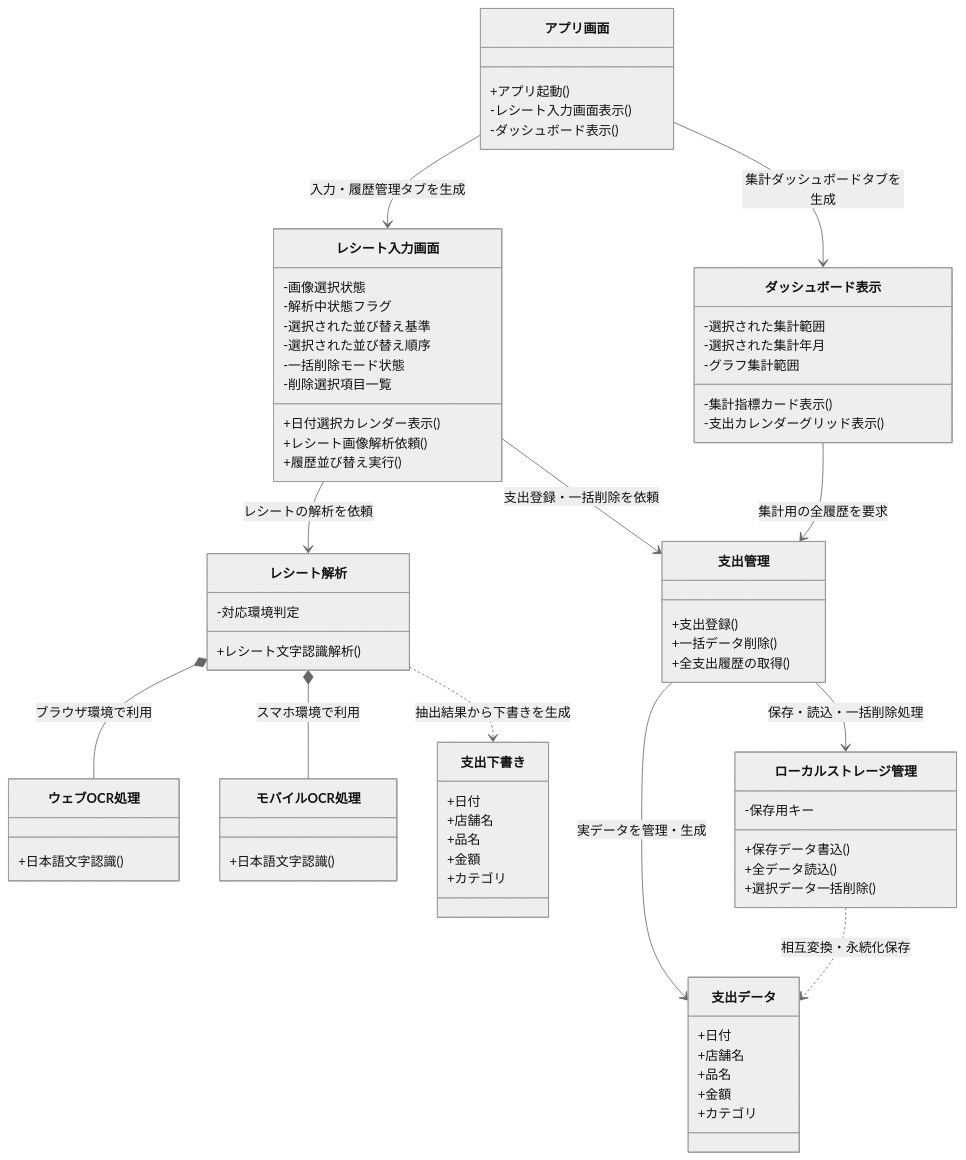
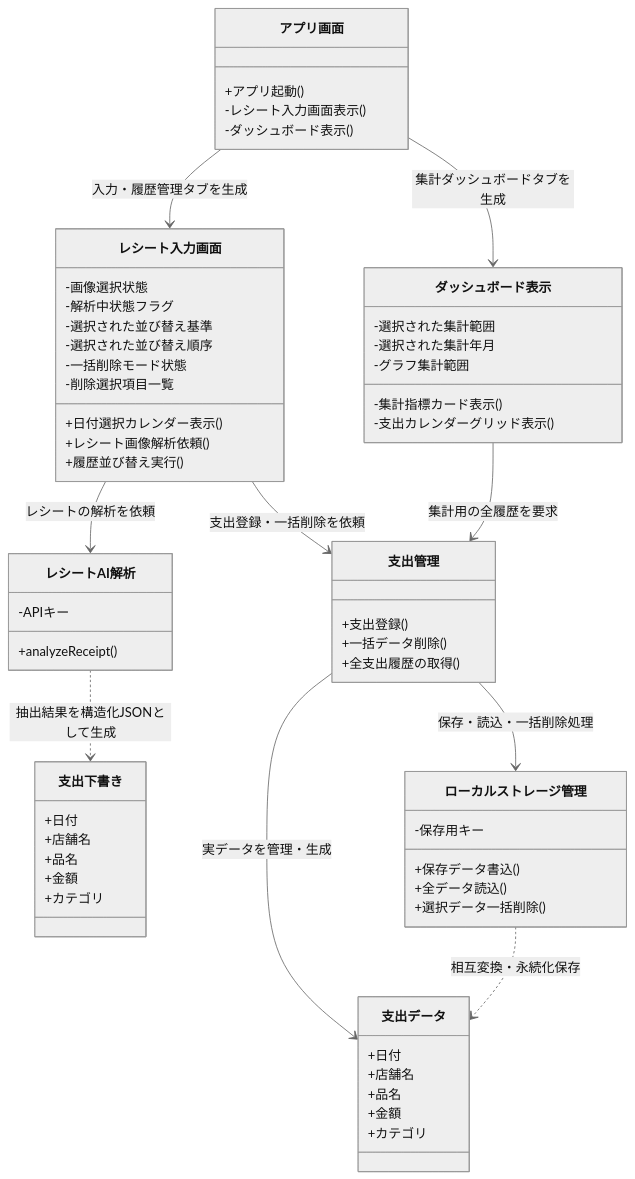
The second of 4 diagrams in receipt_checker/README.md (userT-2213/receipt_checker), drawn with Mermaid (neutral theme) before and after one commit. The commit also changed other lines of this file, not shown here.

````diff
--- a/receipt_checker/README.md
+++ b/receipt_checker/README.md
@@ -142,17 +202,9 @@
         +全支出履歴の取得()
     }
 
-    class レシート解析 {
-        -対応環境判定
-        +レシート文字認識解析()
-    }
-
-    class ウェブOCR処理 {
-        +日本語文字認識()
-    }
-
-    class モバイルOCR処理 {
-        +日本語文字認識()
+    class レシートAI解析 {
+        -APIキー
+        +analyzeReceipt()
     }
 
     class 支出下書き {
@@ -183,16 +235,13 @@
     アプリ画面 --> ダッシュボード表示 : 集計ダッシュボードタブを生成
 
     レシート入力画面 --> 支出管理 : 支出登録・一括削除を依頼
-    レシート入力画面 --> レシート解析 : レシートの解析を依頼
+    レシート入力画面 --> レシートAI解析 : レシートの解析を依頼
 
     ダッシュボード表示 --> 支出管理 : 集計用の全履歴を要求
 
     支出管理 --> ローカルストレージ管理 : 保存・読込・一括削除処理
     支出管理 --> 支出データ : 実データを管理・生成
 
-    レシート解析 *-- ウェブOCR処理 : ブラウザ環境で利用
-    レシート解析 *-- モバイルOCR処理 : スマホ環境で利用
-
-    レシート解析 ..> 支出下書き : 抽出結果から下書きを生成
+    レシートAI解析 ..> 支出下書き : 抽出結果を構造化JSONとして生成
     ローカルストレージ管理 ..> 支出データ : 相互変換・永続化保存
 ```
````
